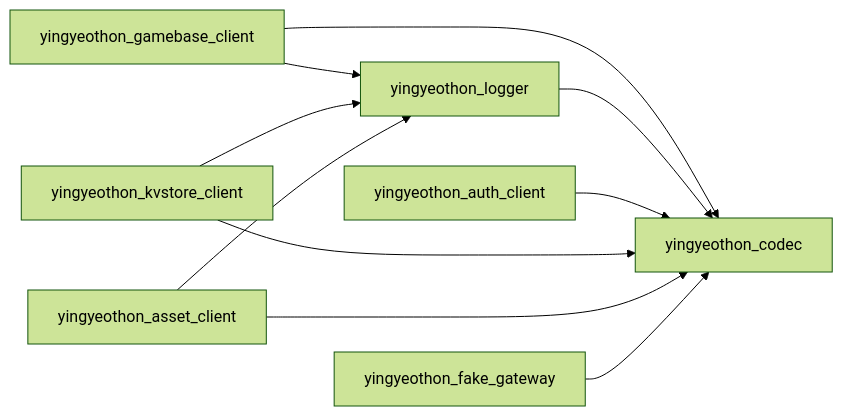
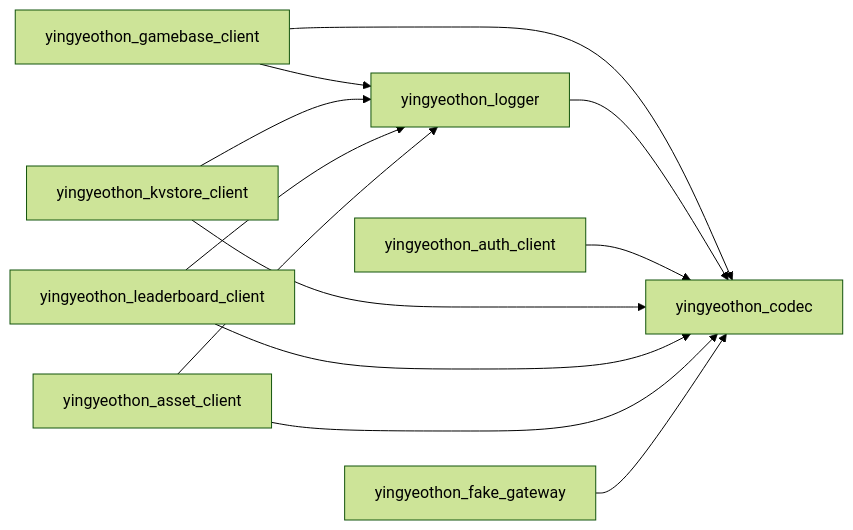
One commit to yingyeothon/flutterlib changed the diagram in README.md. Above: the diagram before and after it, drawn with Mermaid (forest theme). The commit also changed other lines of this file and 38 other files, not shown here.

````diff
--- a/README.md
+++ b/README.md
@@ -62,12 +64,14 @@
 ```mermaid
 graph LR
   yingyeothon_gamebase_client --> yingyeothon_codec
   yingyeothon_gamebase_client --> yingyeothon_logger
   yingyeothon_logger --> yingyeothon_codec
   yingyeothon_auth_client --> yingyeothon_codec
   yingyeothon_kvstore_client --> yingyeothon_codec
   yingyeothon_kvstore_client --> yingyeothon_logger
+  yingyeothon_leaderboard_client --> yingyeothon_codec
+  yingyeothon_leaderboard_client --> yingyeothon_logger
   yingyeothon_asset_client --> yingyeothon_codec
   yingyeothon_asset_client --> yingyeothon_logger
   yingyeothon_fake_gateway --> yingyeothon_codec
 ```
````
